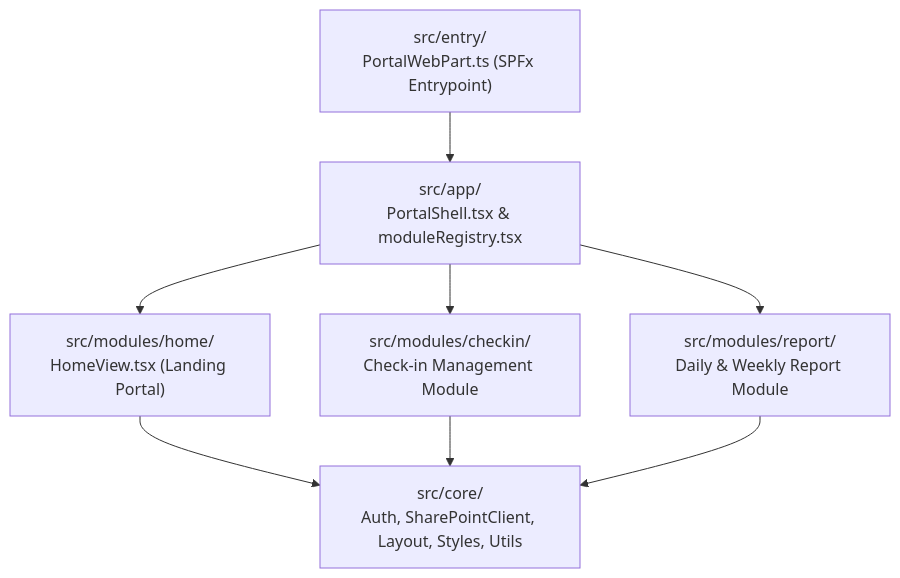
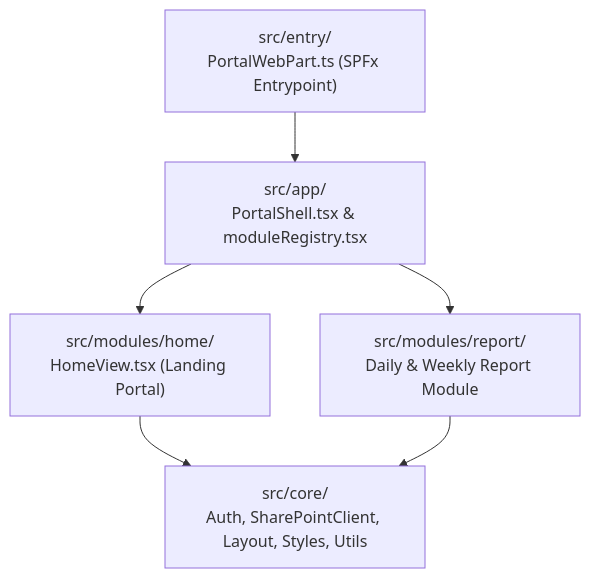
One commit to raymondtruongdev/DQM_Check_In_App changed the diagram in project_architecture.md. Above: the diagram before and after it, drawn with Mermaid. The commit also changed other lines of this file and 25 other files, not shown here.

Commit message:
remove Check-in module (thís only test demo)

````diff
--- a/project_architecture.md
+++ b/project_architecture.md
@@ -10,10 +10,8 @@
 ```mermaid
 flowchart TD
     Entry["src/entry/\nPortalWebPart.ts (SPFx Entrypoint)"] --> App["src/app/\nPortalShell.tsx & moduleRegistry.tsx"]
     App --> Home["src/modules/home/\nHomeView.tsx (Landing Portal)"]
-    App --> Checkin["src/modules/checkin/\nCheck-in Management Module"]
     App --> Report["src/modules/report/\nDaily & Weekly Report Module"]
     Home --> Core["src/core/\nAuth, SharePointClient, Layout, Styles, Utils"]
-    Checkin --> Core
     Report --> Core
 ```
````
